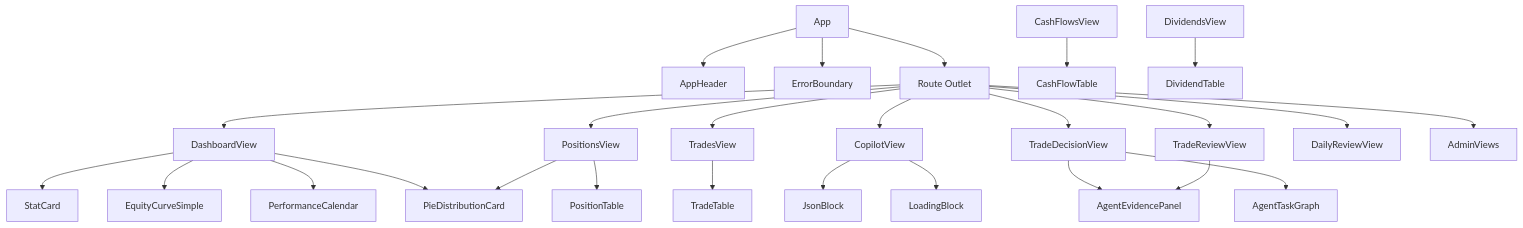
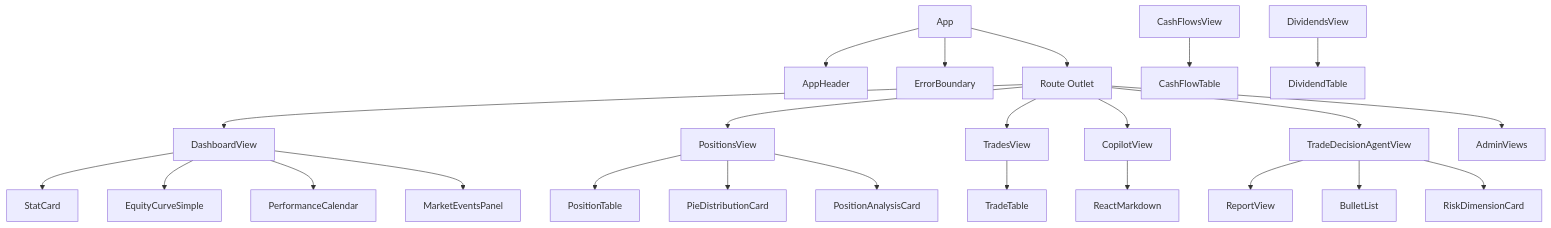
One commit to XUranus/ibkr-dash changed the first of 2 diagrams in docs/docs/frontend/components.md. Above: the diagram before and after it, drawn with Mermaid. The commit also changed other lines of this file and 152 other files, not shown here.

````diff
--- a/docs/docs/frontend/components.md
+++ b/docs/docs/frontend/components.md
@@ -13,34 +13,32 @@
 ```mermaid
 graph TB
     App --> AppHeader
     App --> ErrorBoundary
     App --> Outlet[Route Outlet]
 
     Outlet --> DashboardView
     Outlet --> PositionsView
     Outlet --> TradesView
     Outlet --> CopilotView
-    Outlet --> TradeDecisionView
-    Outlet --> TradeReviewView
-    Outlet --> DailyReviewView
+    Outlet --> TradeDecisionAgentView
     Outlet --> AdminViews
 
     DashboardView --> StatCard
     DashboardView --> EquityCurveSimple
     DashboardView --> PerformanceCalendar
-    DashboardView --> PieDistributionCard
+    DashboardView --> MarketEventsPanel
 
     PositionsView --> PositionTable
     PositionsView --> PieDistributionCard
+    PositionsView --> PositionAnalysisCard
 
     TradesView --> TradeTable
     CashFlowsView --> CashFlowTable
     DividendsView --> DividendTable
 
-    CopilotView --> JsonBlock
-    CopilotView --> LoadingBlock
+    CopilotView --> ReactMarkdown
 
-    TradeDecisionView --> AgentEvidencePanel
-    TradeDecisionView --> AgentTaskGraph
-    TradeReviewView --> AgentEvidencePanel
+    TradeDecisionAgentView --> ReportView
+    TradeDecisionAgentView --> BulletList
+    TradeDecisionAgentView --> RiskDimensionCard
 ```
````
